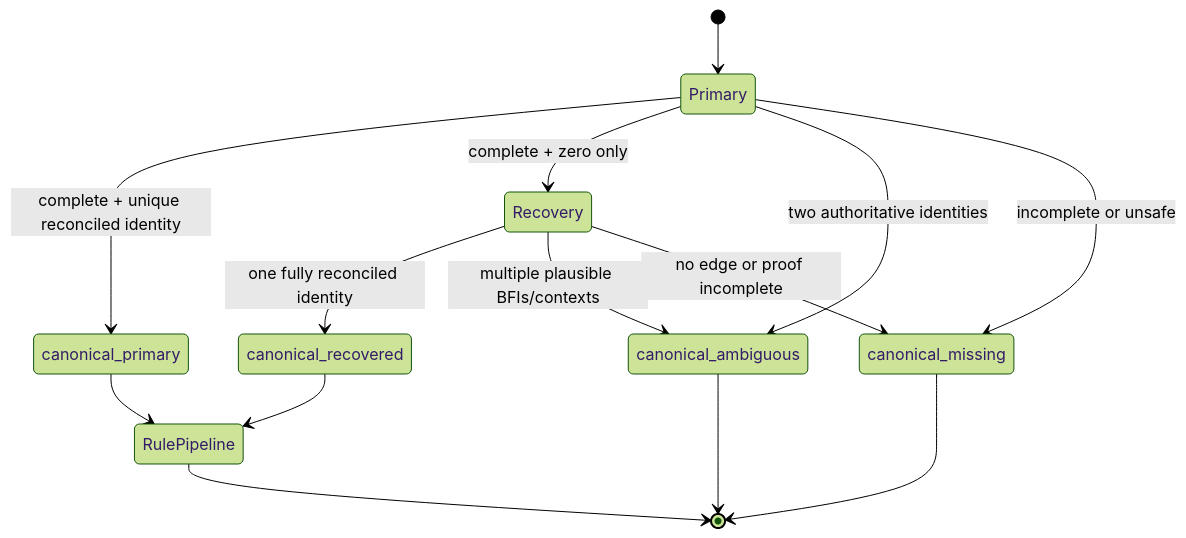
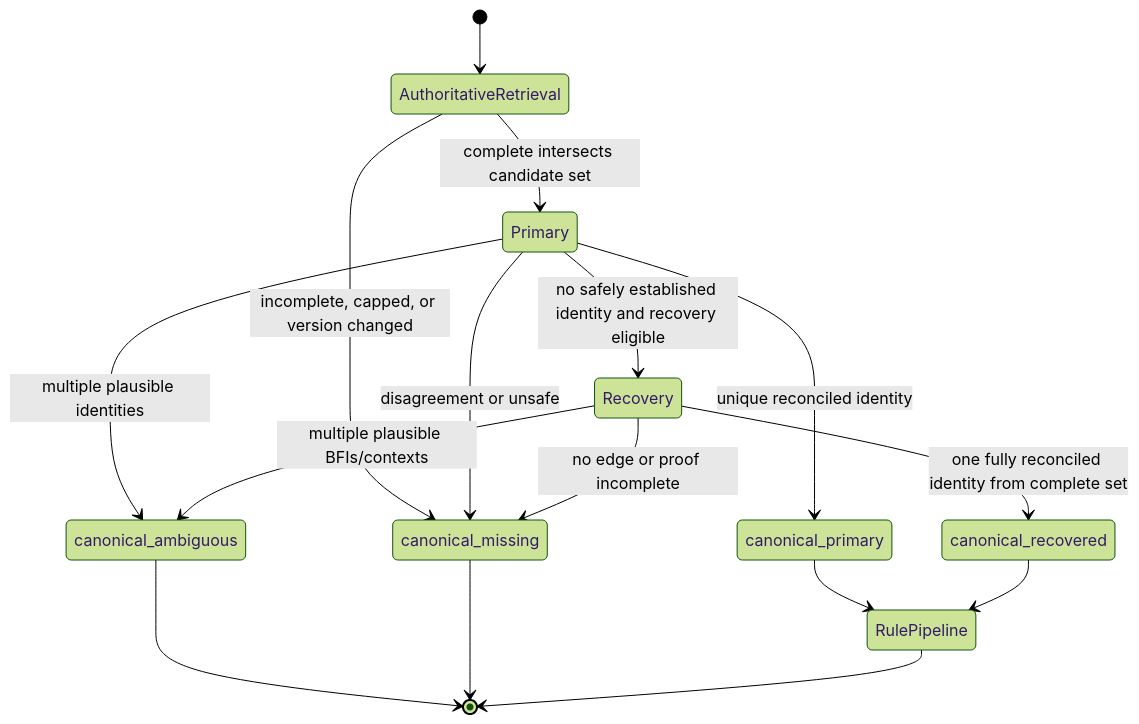
One commit to JuanCastroDev/ParQueen changed the fourth of 4 diagrams in docs/CANONICAL_CURB_RECOVERY_DESIGN.md. Above: the diagram before and after it, drawn with Mermaid (forest theme). The commit also changed other lines of this file, not shown here.

Commit message:
docs(street-intel): require geometry-complete canonical candidate sets

````diff
--- a/docs/CANONICAL_CURB_RECOVERY_DESIGN.md
+++ b/docs/CANONICAL_CURB_RECOVERY_DESIGN.md
@@ -430,16 +446,18 @@
 ```mermaid
 stateDiagram-v2
-    [*] --> Primary
-    Primary --> canonical_primary: complete + unique reconciled identity
-    Primary --> Recovery: complete + zero only
-    Primary --> canonical_ambiguous: two authoritative identities
-    Primary --> canonical_missing: incomplete or unsafe
-    Recovery --> canonical_recovered: one fully reconciled identity
+    [*] --> AuthoritativeRetrieval
+    AuthoritativeRetrieval --> canonical_missing: incomplete, capped, or version changed
+    AuthoritativeRetrieval --> Primary: complete intersects candidate set
+    Primary --> canonical_primary: unique reconciled identity
+    Primary --> Recovery: no safely established identity and recovery eligible
+    Primary --> canonical_ambiguous: multiple plausible identities
+    Primary --> canonical_missing: disagreement or unsafe
+    Recovery --> canonical_recovered: one fully reconciled identity from complete set
     Recovery --> canonical_ambiguous: multiple plausible BFIs/contexts
     Recovery --> canonical_missing: no edge or proof incomplete
     canonical_primary --> RulePipeline
     canonical_recovered --> RulePipeline
     canonical_ambiguous --> [*]
     canonical_missing --> [*]
     RulePipeline --> [*]
 ```
````
